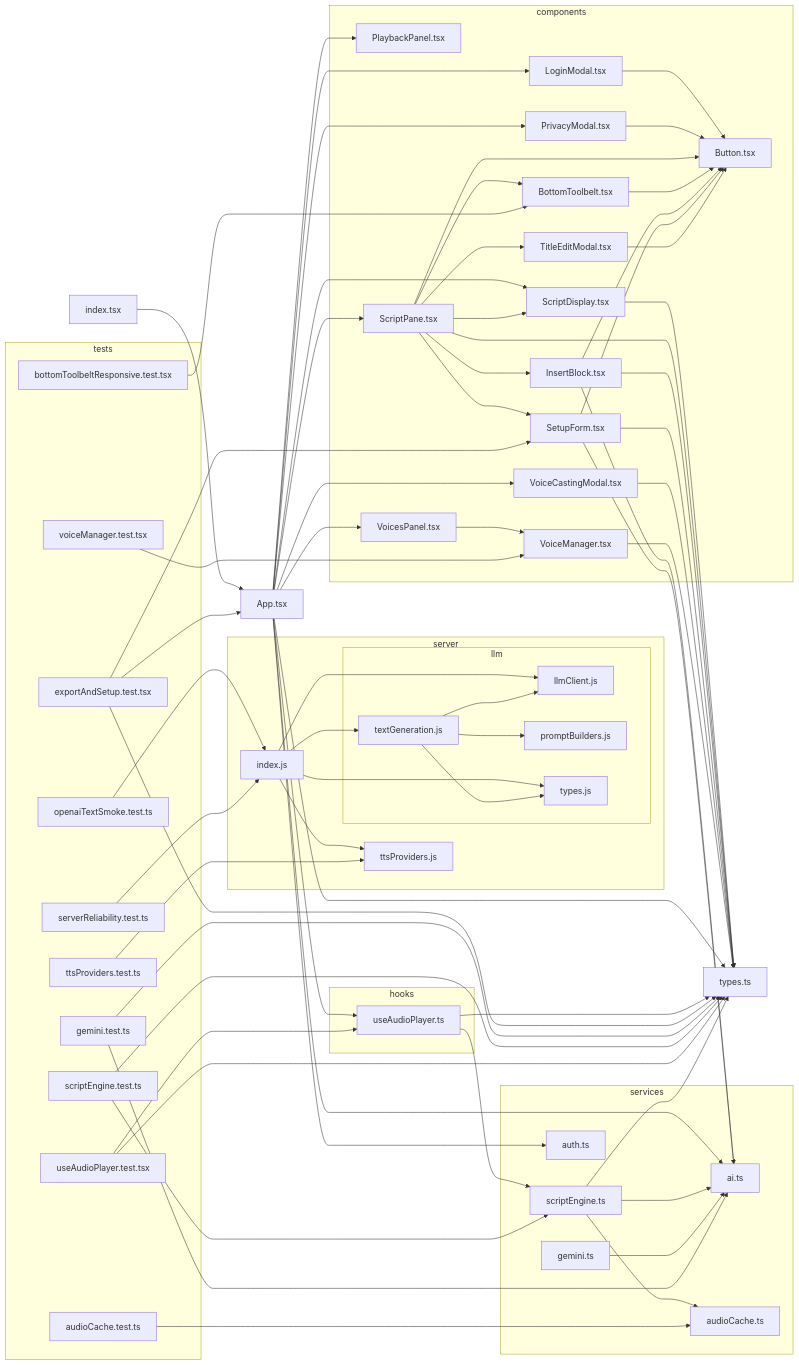
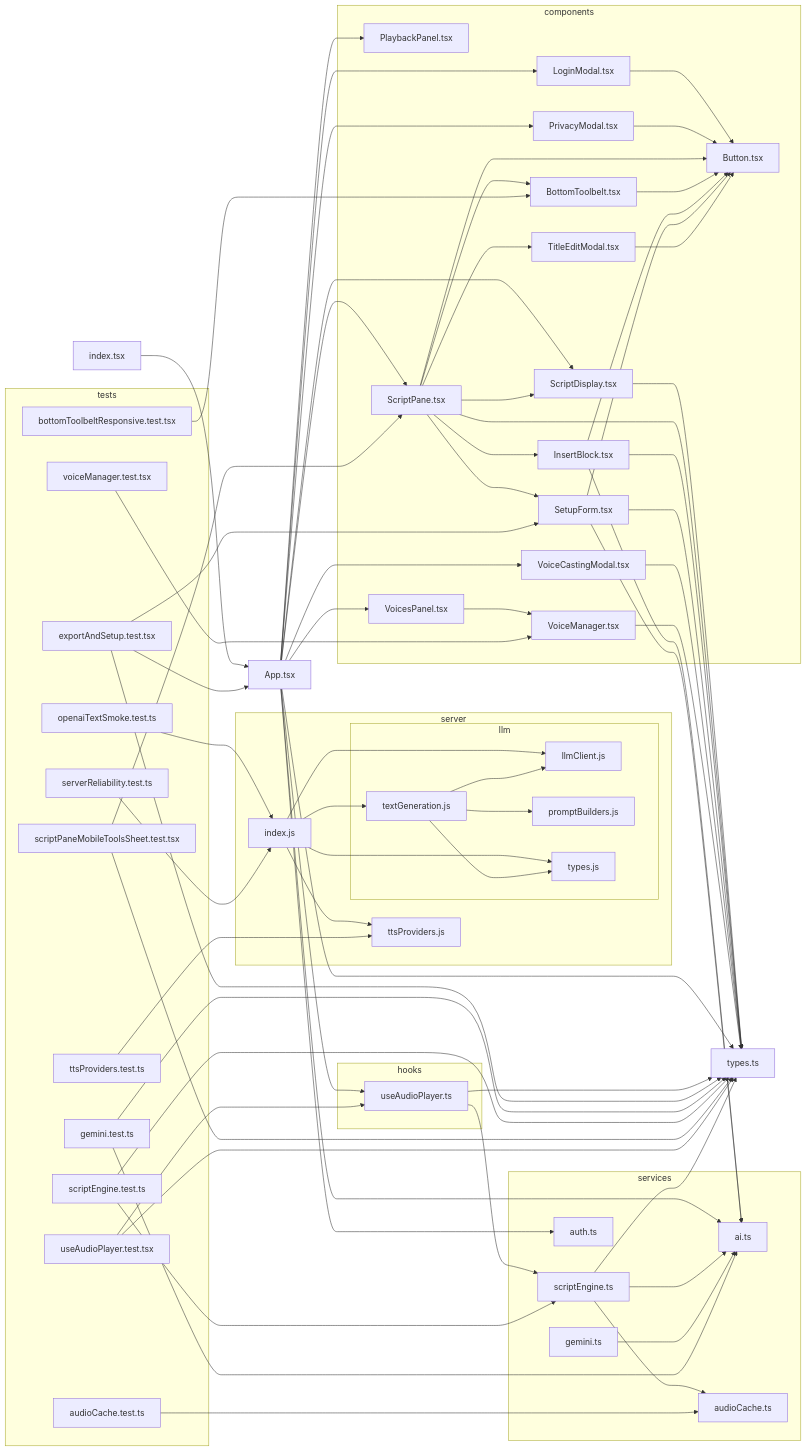
Before and after one commit to seanzmc/Script-Seance: the diagram in docs/dependency-graph.mmd, drawn with Mermaid.

Commit message:
Add scriptPaneMobileToolsSheet test to dep graph
Inserts the new test file into the dependency graph and
renumbers subsequent entries to maintain correct ordering
and edge references.

```diff
--- a/docs/dependency-graph.mmd
+++ b/docs/dependency-graph.mmd
@@ -1,113 +1,116 @@
 flowchart LR
 
 0["App.tsx"]
 subgraph 1["components"]
 2["LoginModal.tsx"]
 3["Button.tsx"]
 4["PlaybackPanel.tsx"]
 5["PrivacyModal.tsx"]
 6["ScriptDisplay.tsx"]
 8["ScriptPane.tsx"]
 9["BottomToolbelt.tsx"]
 A["InsertBlock.tsx"]
 D["SetupForm.tsx"]
 E["TitleEditModal.tsx"]
 F["VoiceCastingModal.tsx"]
 G["VoicesPanel.tsx"]
 H["VoiceManager.tsx"]
 end
 7["types.ts"]
 subgraph B["services"]
 C["ai.ts"]
 K["scriptEngine.ts"]
 L["audioCache.ts"]
 M["auth.ts"]
 W["gemini.ts"]
 end
 subgraph I["hooks"]
 J["useAudioPlayer.ts"]
 end
 N["index.tsx"]
 subgraph O["server"]
 P["index.js"]
 subgraph Q["llm"]
 R["llmClient.js"]
 S["textGeneration.js"]
 T["promptBuilders.js"]
 U["types.js"]
 end
 V["ttsProviders.js"]
 end
 subgraph X["tests"]
 Y["audioCache.test.ts"]
 Z["bottomToolbeltResponsive.test.tsx"]
 10["exportAndSetup.test.tsx"]
 11["gemini.test.ts"]
 12["openaiTextSmoke.test.ts"]
 13["scriptEngine.test.ts"]
-14["serverReliability.test.ts"]
-15["ttsProviders.test.ts"]
-16["useAudioPlayer.test.tsx"]
-17["voiceManager.test.tsx"]
+14["scriptPaneMobileToolsSheet.test.tsx"]
+15["serverReliability.test.ts"]
+16["ttsProviders.test.ts"]
+17["useAudioPlayer.test.tsx"]
+18["voiceManager.test.tsx"]
 end
 0-->2
 0-->4
 0-->5
 0-->6
 0-->8
 0-->F
 0-->G
 0-->J
 0-->C
 0-->M
 0-->7
 2-->3
 5-->3
 6-->7
 8-->7
 8-->9
 8-->3
 8-->A
 8-->6
 8-->D
 8-->E
 9-->3
 A-->C
 A-->7
 A-->3
 D-->C
 D-->7
 D-->3
 E-->3
 F-->7
 G-->H
 H-->7
 J-->K
 J-->7
 K-->7
 K-->C
 K-->L
 N-->0
 P-->R
 P-->S
 P-->U
 P-->V
 S-->R
 S-->T
 S-->U
 W-->C
 Y-->L
 Z-->9
 10-->0
 10-->D
 10-->7
 11-->C
 11-->7
 12-->P
 13-->K
 13-->7
-14-->P
-15-->V
-16-->J
-16-->7
-17-->H
+14-->8
+14-->7
+15-->P
+16-->V
+17-->J
+17-->7
+18-->H
```
